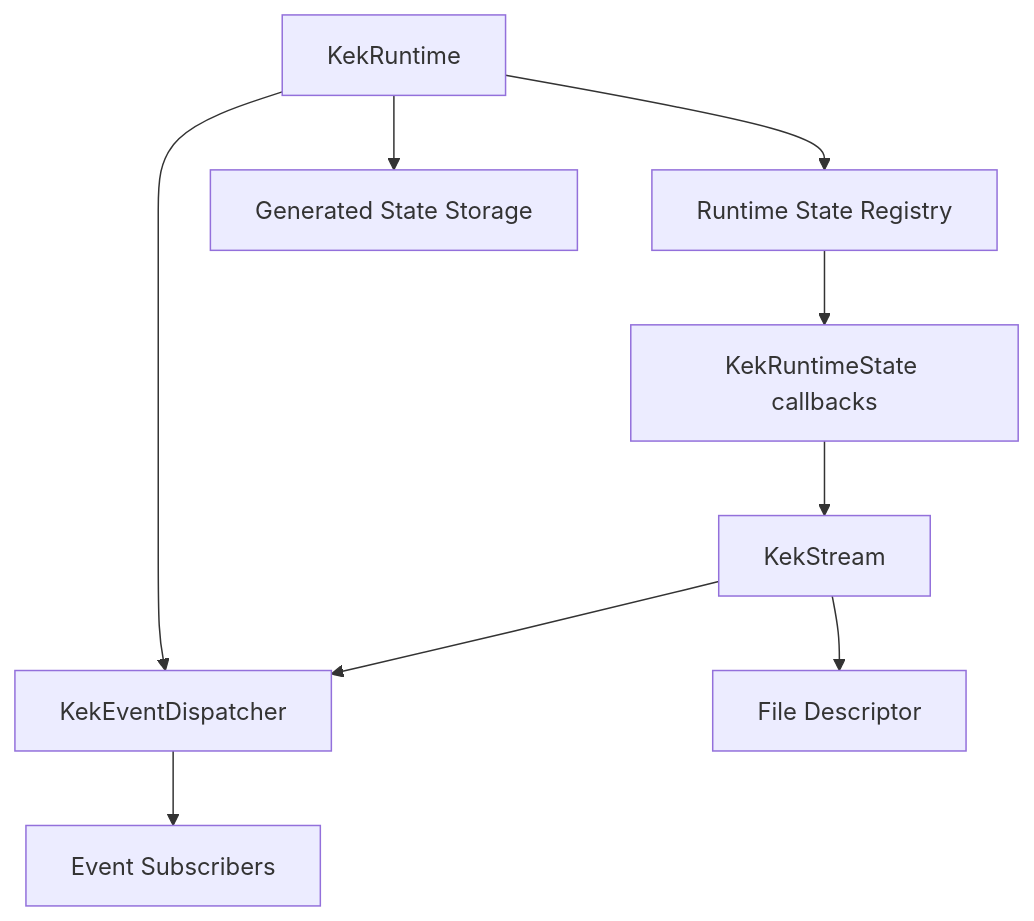
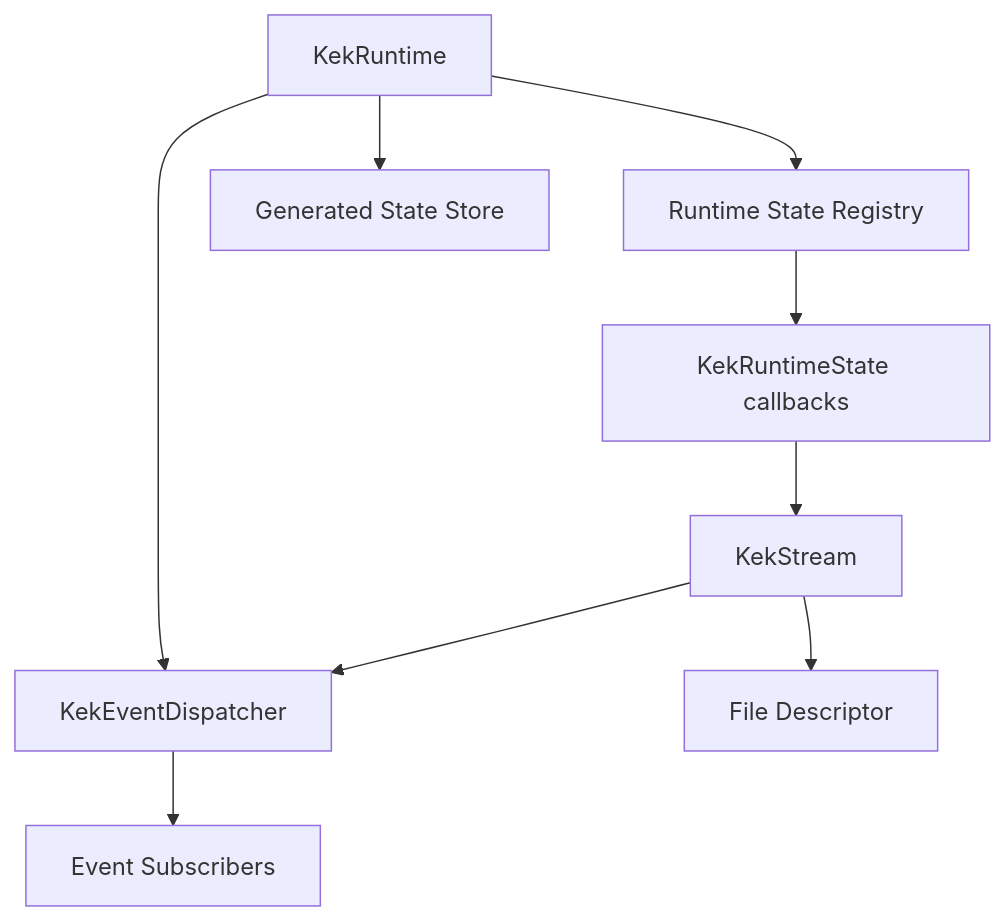
One commit to knstt/kek changed the first of 7 diagrams in doc/runtime/architecture.md. Above: the diagram before and after it, drawn with Mermaid. The commit also changed other lines of this file and 32 other files, not shown here.

````diff
--- a/doc/runtime/architecture.md
+++ b/doc/runtime/architecture.md
@@ -13,20 +13,20 @@
 ```mermaid
 flowchart TB
     Runtime[KekRuntime]
     Dispatcher[KekEventDispatcher]
     StateRegistry[Runtime State Registry]
-    StateStorage[Generated State Storage]
+    StateStore[Generated State Store]
     StateInterface[KekRuntimeState callbacks]
     StreamState[KekStream]
     FD[File Descriptor]
     Subscriber[Event Subscribers]
 
     Runtime --> Dispatcher
     Runtime --> StateRegistry
-    Runtime --> StateStorage
+    Runtime --> StateStore
     StateRegistry --> StateInterface
     StateInterface --> StreamState
     StreamState --> FD
     StreamState --> Dispatcher
     Dispatcher --> Subscriber
 ```
````
